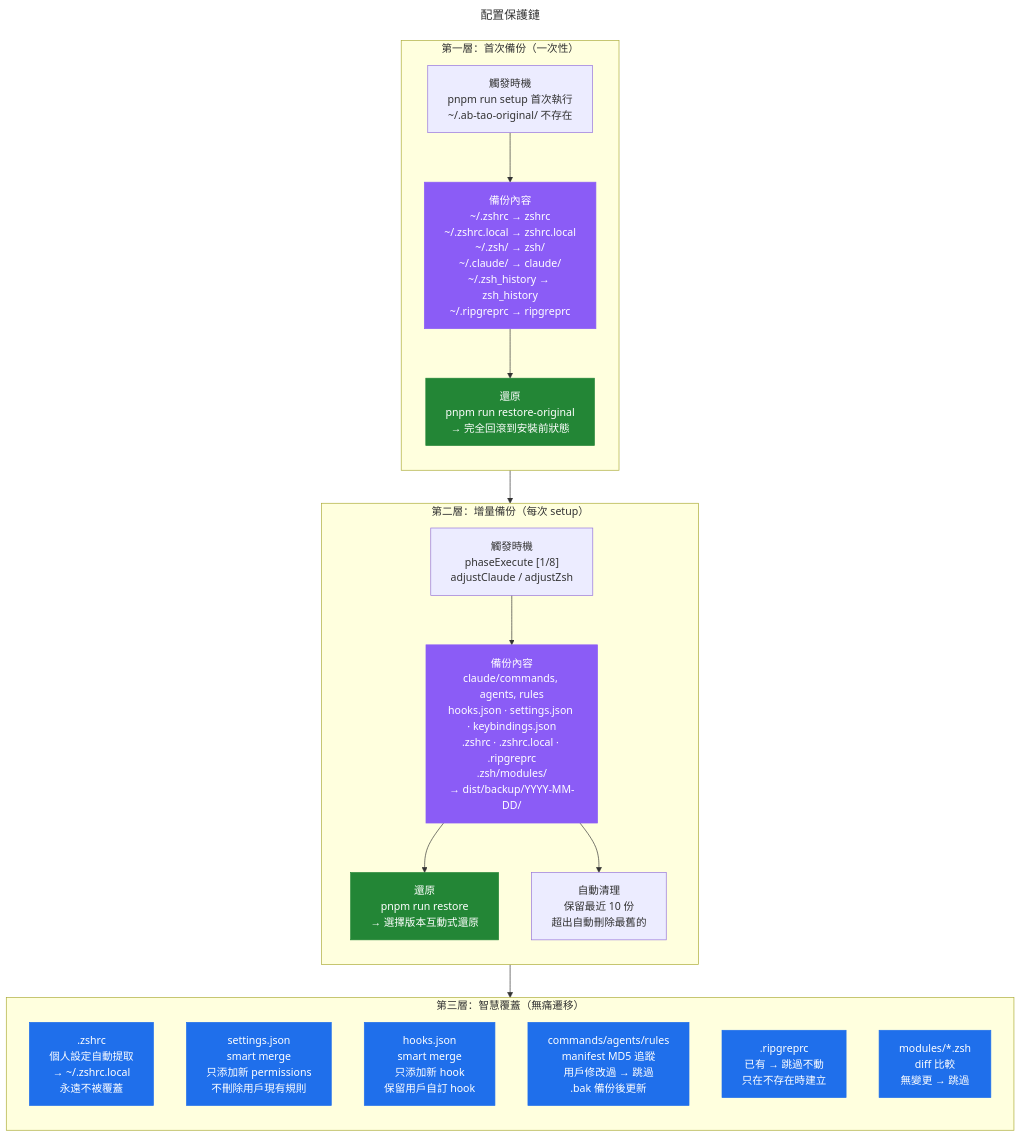
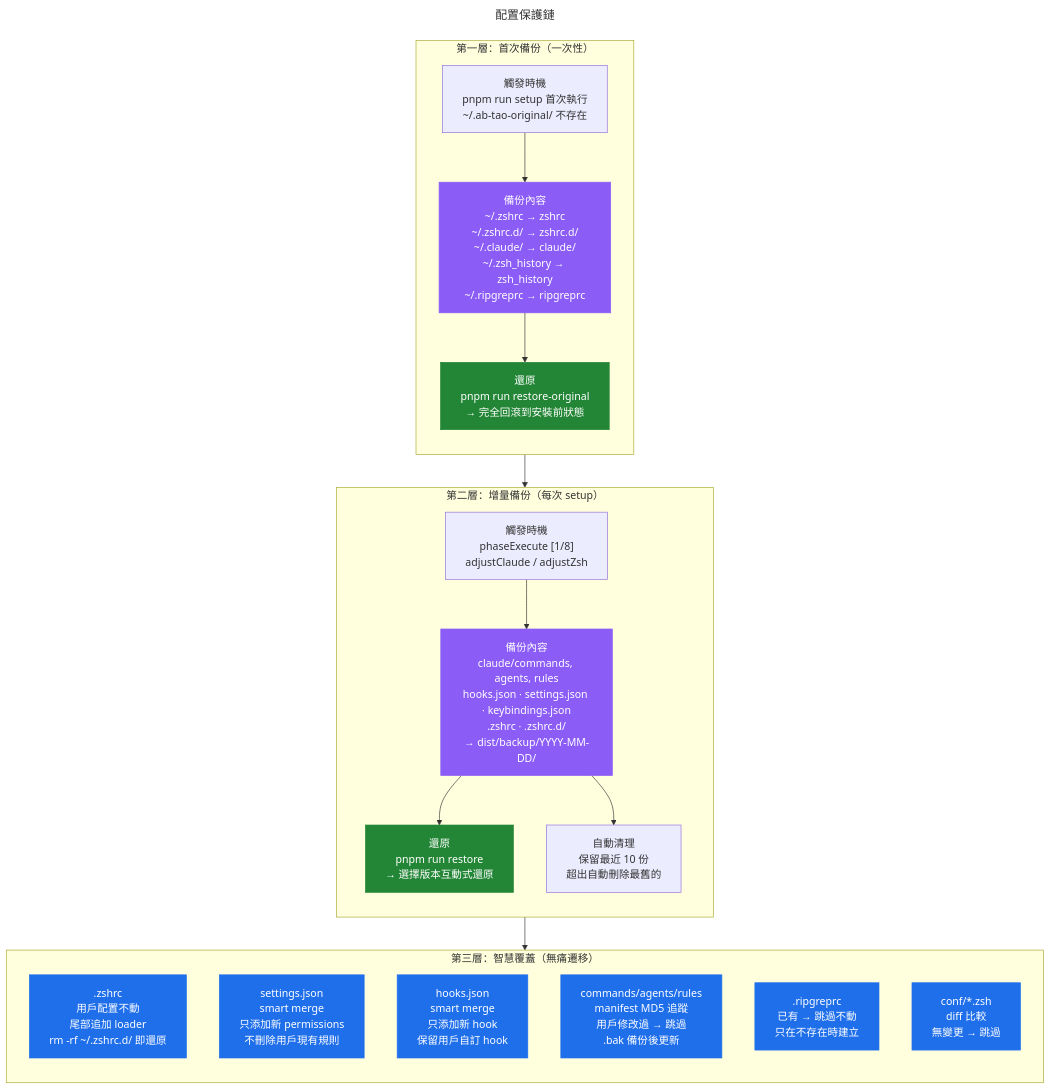
The diagram in apps/dotfiles/docs/flows/config-protection.mmd (AlvinBian/ab-tao), drawn with Mermaid before and after one commit. The commit also changed 31 other files, not shown here.

First line of the commit message:
refactor: zsh 模組化重構 — ~/.zshrc.d/ + sheldon 插件管理

```diff
--- a/apps/dotfiles/docs/flows/config-protection.mmd
+++ b/apps/dotfiles/docs/flows/config-protection.mmd
@@ -1,47 +1,47 @@
 ---
 title: 配置保護鏈
 description: 三層保護：首次備份 → 增量備份 → 智慧覆蓋 + 兩種還原
 links:
   - phase-execute: 安裝流程（備份在 Step 1）
   - setup-main: 返回主流程
 ---
 flowchart TD
     subgraph Layer1 ["第一層：首次備份（一次性）"]
         direction TB
         L1T["觸發時機<br/>pnpm run setup 首次執行<br/>~/.ab-tao-original/ 不存在"]
-        L1T --> L1F["備份內容<br/>~/.zshrc → zshrc<br/>~/.zshrc.local → zshrc.local<br/>~/.zsh/ → zsh/<br/>~/.claude/ → claude/<br/>~/.zsh_history → zsh_history<br/>~/.ripgreprc → ripgreprc"]
+        L1T --> L1F["備份內容<br/>~/.zshrc → zshrc<br/>~/.zshrc.d/ → zshrc.d/<br/>~/.claude/ → claude/<br/>~/.zsh_history → zsh_history<br/>~/.ripgreprc → ripgreprc"]
         L1F --> L1R["還原<br/>pnpm run restore-original<br/>→ 完全回滾到安裝前狀態"]
     end
 
     subgraph Layer2 ["第二層：增量備份（每次 setup）"]
         direction TB
         L2T["觸發時機<br/>phaseExecute [1/8]<br/>adjustClaude / adjustZsh"]
-        L2T --> L2F["備份內容<br/>claude/commands, agents, rules<br/>hooks.json · settings.json · keybindings.json<br/>.zshrc · .zshrc.local · .ripgreprc<br/>.zsh/modules/<br/>→ dist/backup/YYYY-MM-DD/"]
+        L2T --> L2F["備份內容<br/>claude/commands, agents, rules<br/>hooks.json · settings.json · keybindings.json<br/>.zshrc · .zshrc.d/<br/>→ dist/backup/YYYY-MM-DD/"]
         L2F --> L2R["還原<br/>pnpm run restore<br/>→ 選擇版本互動式還原"]
         L2F --> L2C["自動清理<br/>保留最近 10 份<br/>超出自動刪除最舊的"]
     end
 
     subgraph Layer3 ["第三層：智慧覆蓋（無痛遷移）"]
         direction TB
-        S1[".zshrc<br/>個人設定自動提取<br/>→ ~/.zshrc.local<br/>永遠不被覆蓋"]
+        S1[".zshrc<br/>用戶配置不動<br/>尾部追加 loader<br/>rm -rf ~/.zshrc.d/ 即還原"]
 
         S2["settings.json<br/>smart merge<br/>只添加新 permissions<br/>不刪除用戶現有規則"]
 
         S3["hooks.json<br/>smart merge<br/>只添加新 hook<br/>保留用戶自訂 hook"]
 
         S4["commands/agents/rules<br/>manifest MD5 追蹤<br/>用戶修改過 → 跳過<br/>.bak 備份後更新"]
 
         S5[".ripgreprc<br/>已有 → 跳過不動<br/>只在不存在時建立"]
 
-        S6["modules/*.zsh<br/>diff 比較<br/>無變更 → 跳過"]
+        S6["conf/*.zsh<br/>diff 比較<br/>無變更 → 跳過"]
     end
 
     Layer1 --> Layer2 --> Layer3
 
     classDef backup fill:#8b5cf6,color:#fff,stroke:#8b5cf6
     classDef restore fill:#238636,color:#fff,stroke:#238636
     classDef strategy fill:#1f6feb,color:#fff,stroke:#1f6feb
 
     class L1F,L2F backup
     class L1R,L2R restore
     class S1,S2,S3,S4,S5,S6 strategy
```
